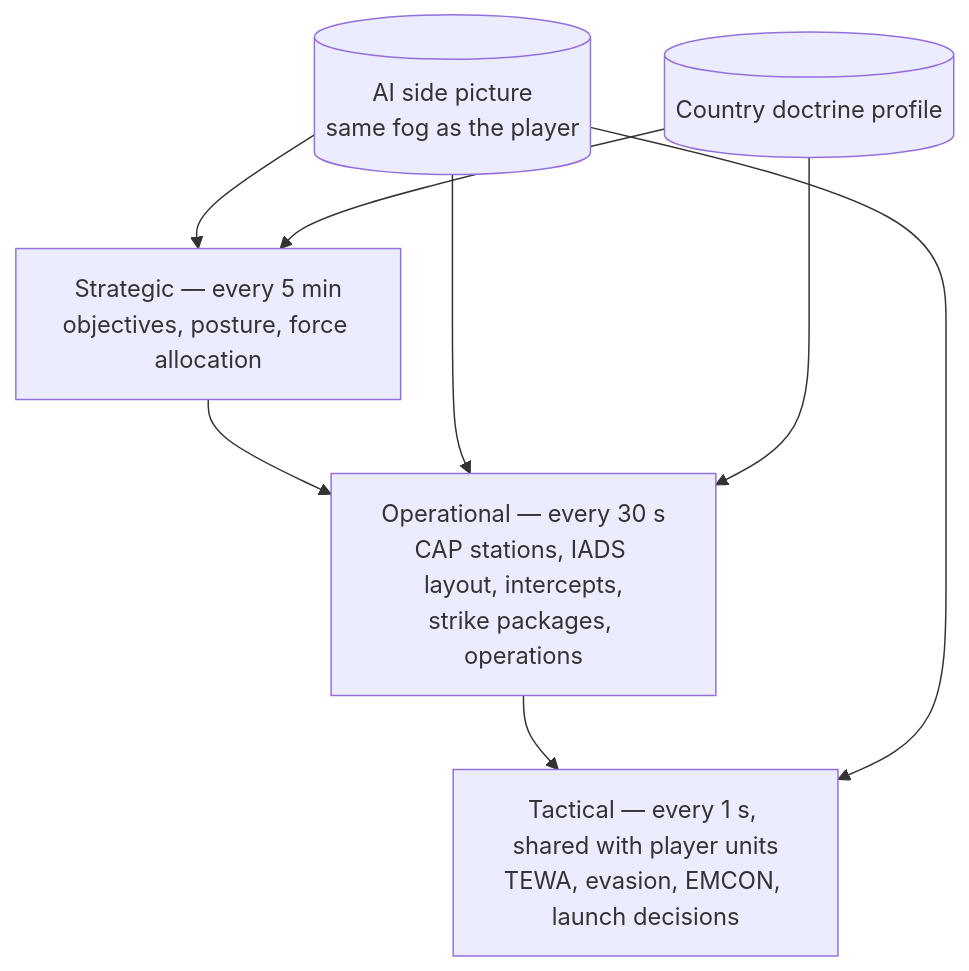
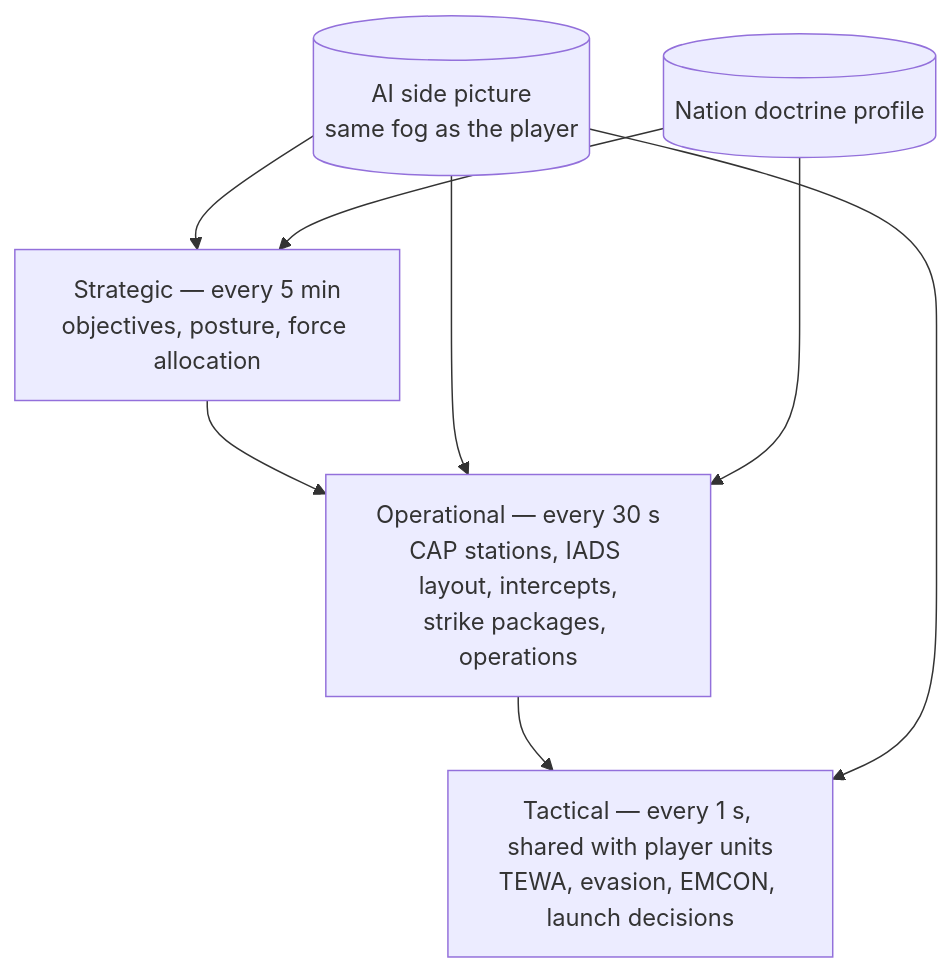
The second of 2 diagrams in docs/03-gameplay-operations-roe.md (vinaymoger1836/warboard), drawn with Mermaid before and after one commit. The commit also changed other lines of this file and 6 other files, not shown here.

First line of the commit message:
Refactor game setting to fictional nations on real terrain; update ADRs and roadmap accordingly

````diff
--- a/docs/03-gameplay-operations-roe.md
+++ b/docs/03-gameplay-operations-roe.md
@@ -147,7 +149,7 @@
 ```mermaid
 flowchart TB
   S[Strategic — every 5 min\nobjectives, posture, force allocation] --> O[Operational — every 30 s\nCAP stations, IADS layout, intercepts,\nstrike packages, operations]
   O --> T[Tactical — every 1 s, shared with player units\nTEWA, evasion, EMCON, launch decisions]
   PIC[(AI side picture\nsame fog as the player)] --> S & O & T
-  DOC[(Country doctrine profile)] --> S & O
+  DOC[(Nation doctrine profile)] --> S & O
 ```
````
